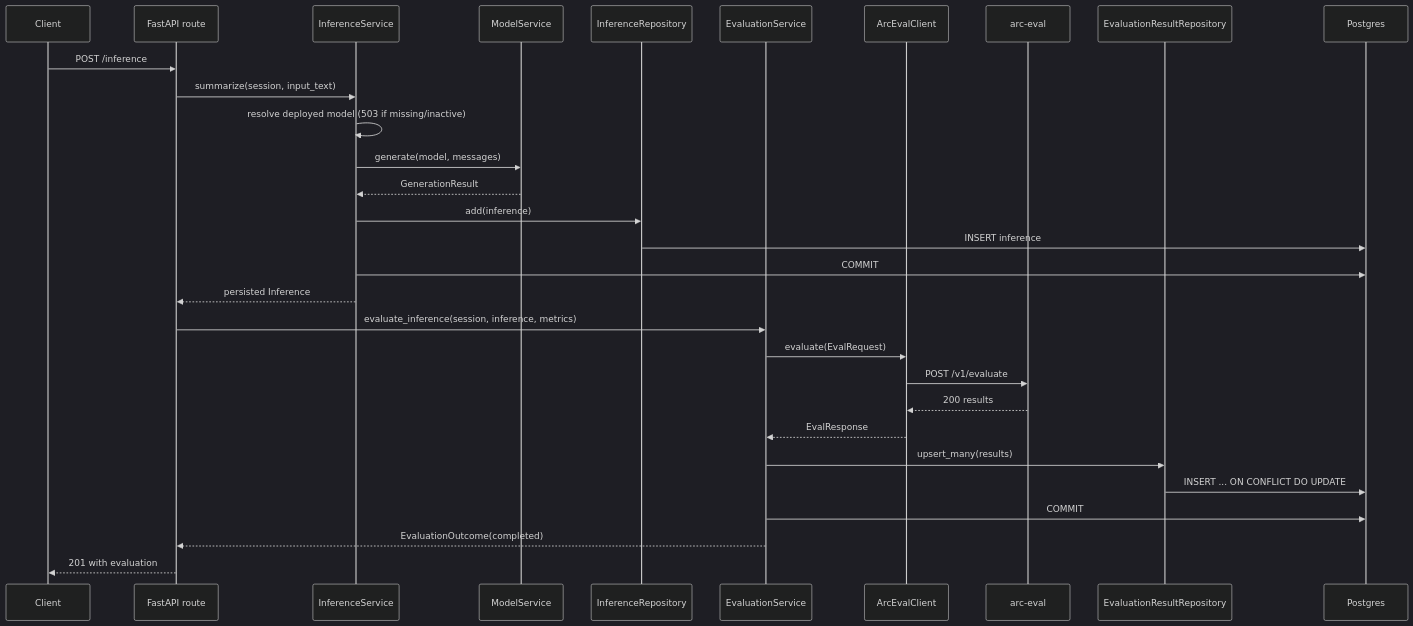
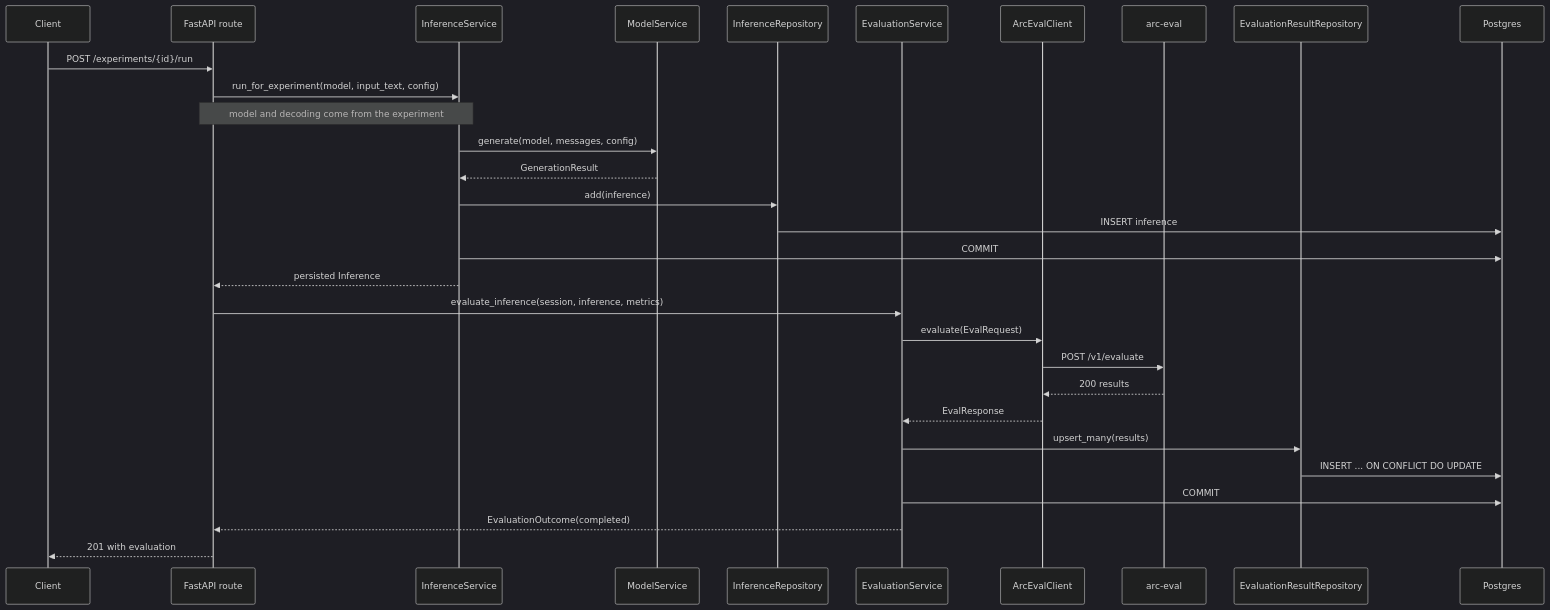
The second of 5 diagrams in docs/dataflow.md (DimitarAtanassov/arc-model-lab), drawn with Mermaid (dark theme) before and after one commit. The commit also changed other lines of this file and 47 other files, not shown here.

````diff
--- a/docs/dataflow.md
+++ b/docs/dataflow.md
@@ -56,34 +56,34 @@
 ```mermaid
 sequenceDiagram
     participant Client
     participant API as FastAPI route
     participant Inf as InferenceService
     participant MS as ModelService
     participant IRepo as InferenceRepository
     participant Eval as EvaluationService
     participant AEC as ArcEvalClient
     participant Arc as arc-eval
     participant ERepo as EvaluationResultRepository
     participant DB as Postgres
 
-    Client->>API: POST /inference
-    API->>Inf: summarize(session, input_text)
-    Inf->>Inf: resolve deployed model (503 if missing/inactive)
-    Inf->>MS: generate(model, messages)
+    Client->>API: POST /experiments/{id}/run
+    API->>Inf: run_for_experiment(model, input_text, config)
+    Note over API,Inf: model and decoding come from the experiment
+    Inf->>MS: generate(model, messages, config)
     MS-->>Inf: GenerationResult
     Inf->>IRepo: add(inference)
     IRepo->>DB: INSERT inference
     Inf->>DB: COMMIT
     Inf-->>API: persisted Inference
 
     API->>Eval: evaluate_inference(session, inference, metrics)
     Eval->>AEC: evaluate(EvalRequest)
     AEC->>Arc: POST /v1/evaluate
     Arc-->>AEC: 200 results
     AEC-->>Eval: EvalResponse
     Eval->>ERepo: upsert_many(results)
     ERepo->>DB: INSERT ... ON CONFLICT DO UPDATE
     Eval->>DB: COMMIT
     Eval-->>API: EvaluationOutcome(completed)
     API-->>Client: 201 with evaluation
 ```
````
